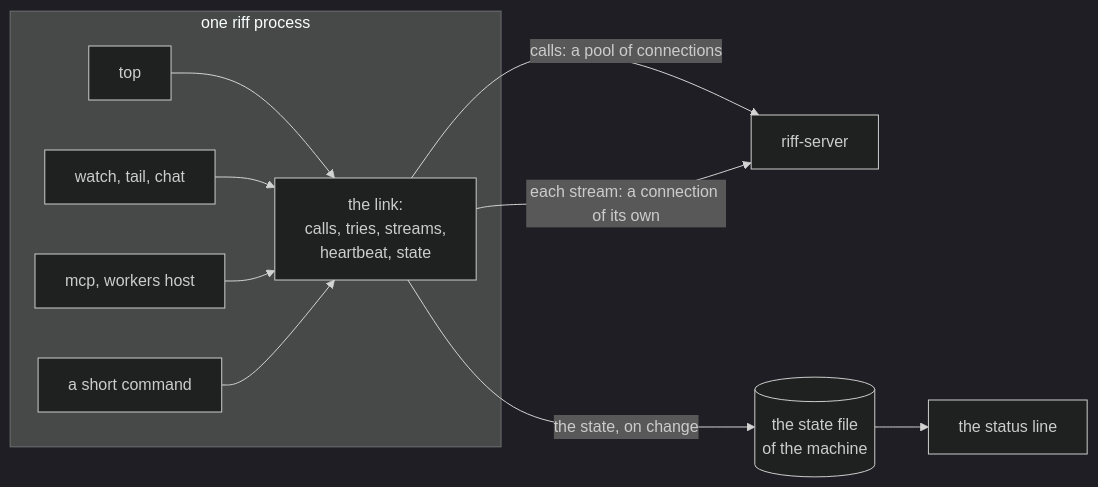
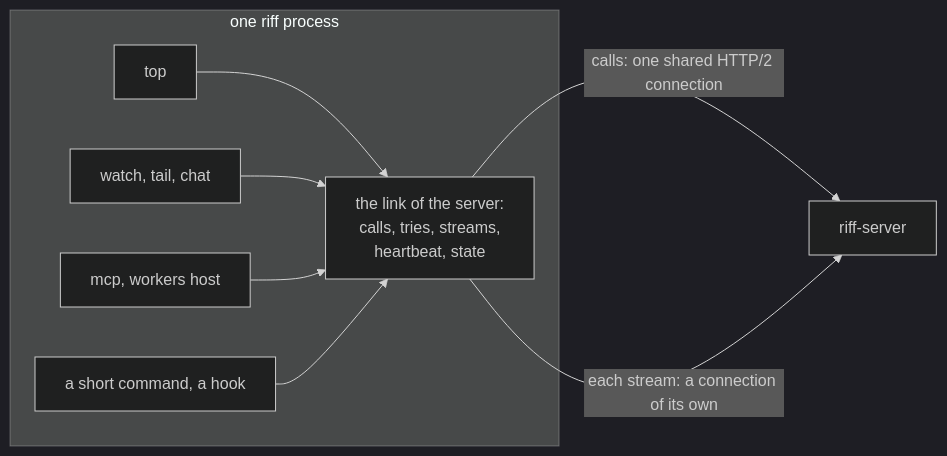
Before and after one commit to como-technologies/riff: the first of 5 diagrams in docs/src/design-link.md, drawn with Mermaid (dark theme). The commit also changed other lines of this file and 1 other file, not shown here.

Commit message:
WIP: the link design after the reviews

````diff
--- a/docs/src/design-link.md
+++ b/docs/src/design-link.md
@@ -46,14 +46,12 @@
 ```mermaid
 flowchart LR
     subgraph riff [one riff process]
         C1[top] --> L
         C2[watch, tail, chat] --> L
         C3[mcp, workers host] --> L
-        C4[a short command] --> L
-        L["the link:<br/>calls, tries, streams,<br/>heartbeat, state"]
+        C4[a short command, a hook] --> L
+        L["the link of the server:<br/>calls, tries, streams,<br/>heartbeat, state"]
     end
-    L -->|"calls: a pool of connections"| S[riff-server]
+    L -->|"calls: one shared HTTP/2 connection"| S[riff-server]
     L -->|"each stream: a connection of its own"| S
-    L -->|"the state, on change"| F[(the state file<br/>of the machine)]
-    F --> SL[the status line]
 ```
````
